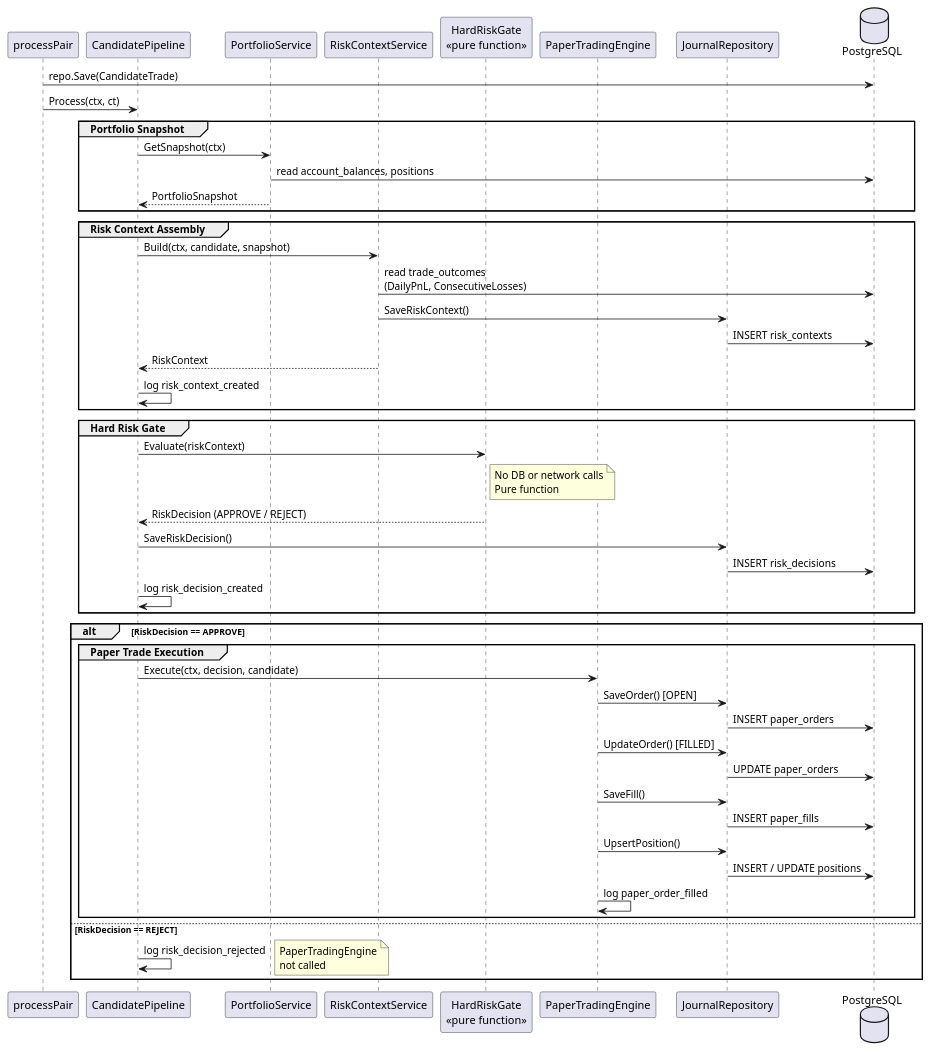
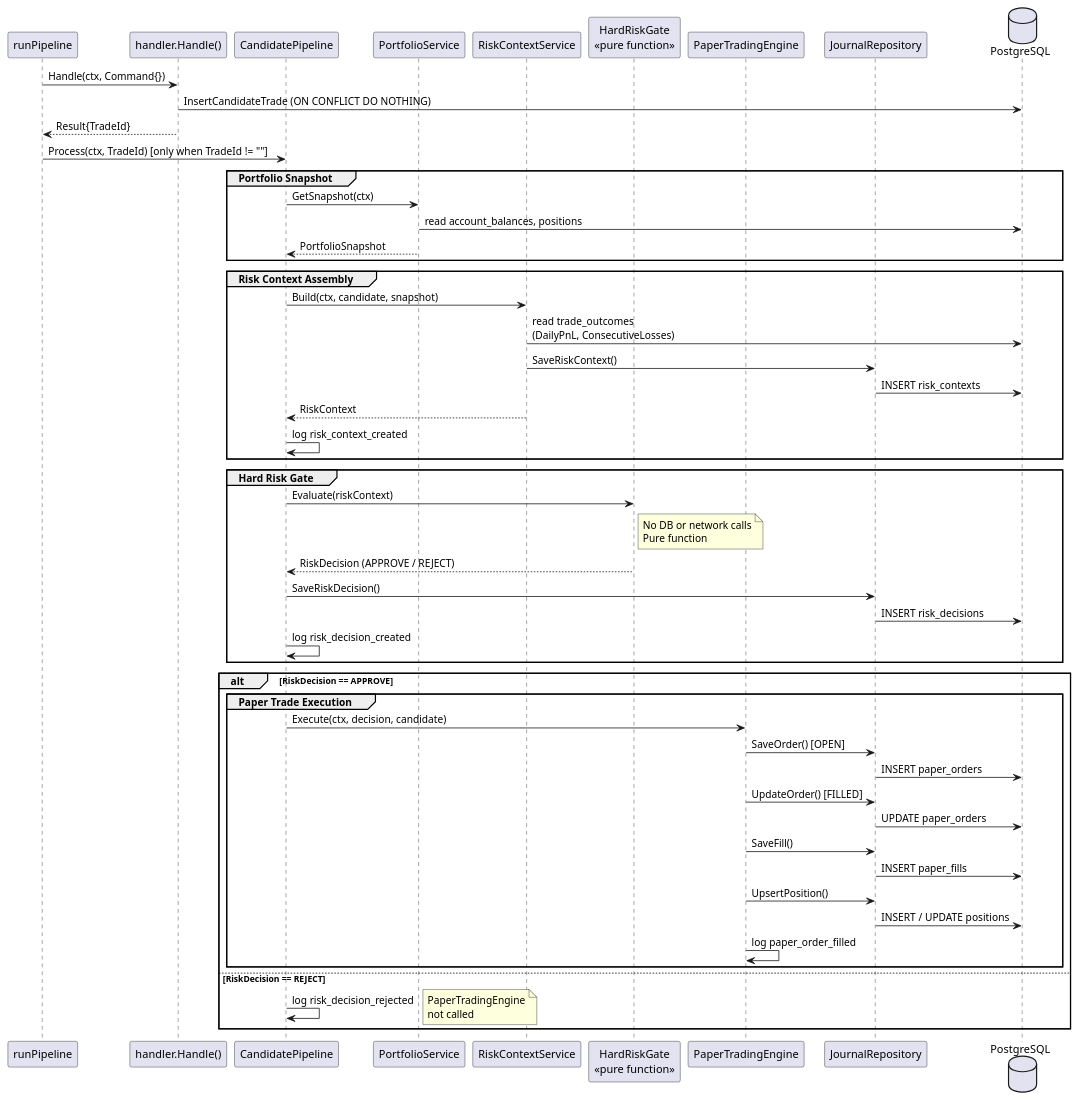
One commit to nhatquang-sl/QN.Expenditure changed the second of 3 diagrams in golang/issues/Week 3–4 Portfolio Service, Risk Context Service, Journal Service, and Paper Trading.md. Above: the diagram before and after it, drawn with PlantUML. The commit also changed other lines of this file and 17 other files, not shown here.

````diff
--- a/golang/issues/Week 3–4 Portfolio Service, Risk Context Service, Journal Service, and Paper Trading.md
+++ b/golang/issues/Week 3–4 Portfolio Service, Risk Context Service, Journal Service, and Paper Trading.md
@@ -112,59 +113,62 @@
 ```plantuml
 @startuml CandidatePipeline Sequence
 
-participant "processPair" as PP
+participant "runPipeline" as PP
+participant "handler.Handle()" as H
 participant "CandidatePipeline" as CP
 participant "PortfolioService" as PS
 participant "RiskContextService" as RCS
 participant "HardRiskGate\n<<pure function>>" as HRG
 participant "PaperTradingEngine" as PTE
 participant "JournalRepository" as JR
 database "PostgreSQL" as DB
 
-PP -> DB : repo.Save(CandidateTrade)
-PP -> CP : Process(ctx, ct)
+PP -> H : Handle(ctx, Command{})
+H -> DB : InsertCandidateTrade (ON CONFLICT DO NOTHING)
+H --> PP : Result{TradeId}
+PP -> CP : Process(ctx, TradeId) [only when TradeId != ""]
 
 group Portfolio Snapshot
   CP -> PS : GetSnapshot(ctx)
   PS -> DB : read account_balances, positions
   PS --> CP : PortfolioSnapshot
 end
 
 group Risk Context Assembly
   CP -> RCS : Build(ctx, candidate, snapshot)
   RCS -> DB : read trade_outcomes\n(DailyPnL, ConsecutiveLosses)
   RCS -> JR : SaveRiskContext()
   JR -> DB : INSERT risk_contexts
   RCS --> CP : RiskContext
   CP -> CP : log risk_context_created
 end
 
 group Hard Risk Gate
   CP -> HRG : Evaluate(riskContext)
   note right of HRG : No DB or network calls\nPure function
   HRG --> CP : RiskDecision (APPROVE / REJECT)
   CP -> JR : SaveRiskDecision()
   JR -> DB : INSERT risk_decisions
   CP -> CP : log risk_decision_created
 end
 
 alt RiskDecision == APPROVE
   group Paper Trade Execution
     CP -> PTE : Execute(ctx, decision, candidate)
     PTE -> JR : SaveOrder() [OPEN]
     JR -> DB : INSERT paper_orders
     PTE -> JR : UpdateOrder() [FILLED]
     JR -> DB : UPDATE paper_orders
     PTE -> JR : SaveFill()
     JR -> DB : INSERT paper_fills
     PTE -> JR : UpsertPosition()
     JR -> DB : INSERT / UPDATE positions
     PTE -> PTE : log paper_order_filled
   end
 else RiskDecision == REJECT
   CP -> CP : log risk_decision_rejected
   note right : PaperTradingEngine\nnot called
 end
 
 @enduml
 ```
````
